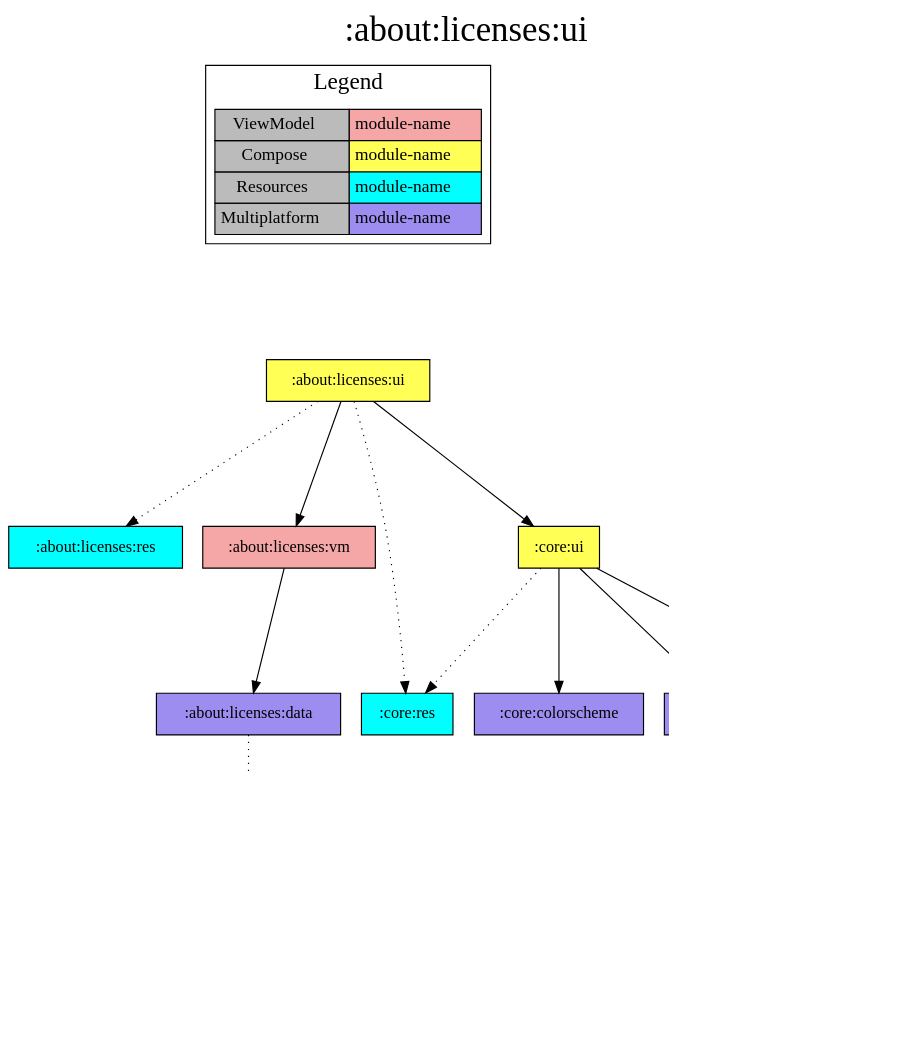
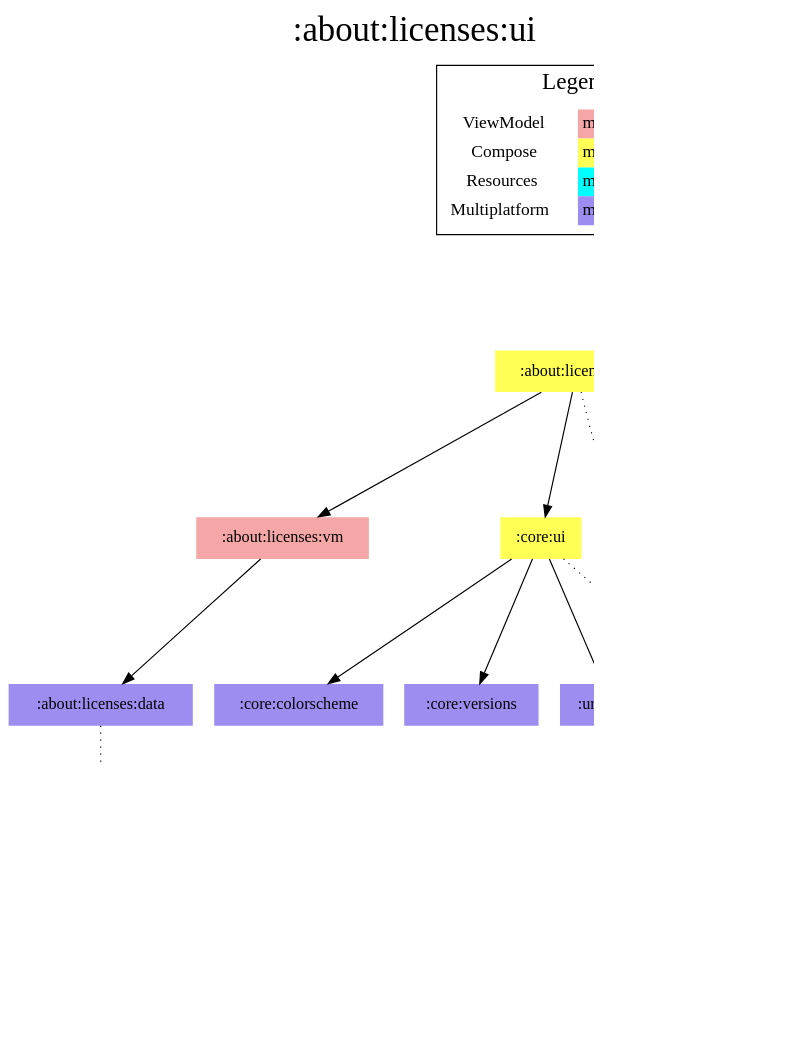
The diagram in modules/about/licenses/ui/project-dependency-graph.dot (jonapoul/aktual), drawn with Graphviz before and after one commit. The commit also changed 117 other files, not shown here.

Commit message:
Reworked diagrams plugin a bit

```diff
--- a/modules/about/licenses/ui/project-dependency-graph.dot
+++ b/modules/about/licenses/ui/project-dependency-graph.dot
@@ -1,43 +1,43 @@
 digraph {
 edge ["dir"="forward"]
 graph ["dpi"="100","label"=":about:licenses:ui","labelloc"="t","fontsize"="30","ranksep"="1.5","rankdir"="TB"]
 node ["style"="filled"]
-":about:licenses:data" ["fillcolor"="#9D8DF1","shape"="box"]
-":about:licenses:res" ["fillcolor"="#00FFFF","shape"="box"]
-":about:licenses:ui" ["fillcolor"="#FFFF55","shape"="box"]
-":about:licenses:vm" ["fillcolor"="#F5A6A6","shape"="box"]
-":budget:model" ["fillcolor"="#9D8DF1","shape"="box"]
-":core:colorscheme" ["fillcolor"="#9D8DF1","shape"="box"]
-":core:files" ["fillcolor"="#9D8DF1","shape"="box"]
-":core:res" ["fillcolor"="#00FFFF","shape"="box"]
-":core:ui" ["fillcolor"="#FFFF55","shape"="box"]
-":core:versions" ["fillcolor"="#9D8DF1","shape"="box"]
-":url:model" ["fillcolor"="#9D8DF1","shape"="box"]
+":about:licenses:ui" ["fillcolor"="#FFFF55","shape"="none"]
+":about:licenses:vm" ["fillcolor"="#F5A6A6","shape"="none"]
+":about:licenses:data" ["fillcolor"="#9D8DF1","shape"="none"]
+":core:files" ["fillcolor"="#9D8DF1","shape"="none"]
+":budget:model" ["fillcolor"="#9D8DF1","shape"="none"]
+":core:ui" ["fillcolor"="#FFFF55","shape"="none"]
+":core:colorscheme" ["fillcolor"="#9D8DF1","shape"="none"]
+":core:versions" ["fillcolor"="#9D8DF1","shape"="none"]
+":url:model" ["fillcolor"="#9D8DF1","shape"="none"]
+":core:res" ["fillcolor"="#00FFFF","shape"="none"]
+":about:licenses:res" ["fillcolor"="#00FFFF","shape"="none"]
 {
 edge ["dir"="none"]
 graph ["rank"="same"]
 }
 ":about:licenses:data" -> ":core:files" ["style"="dotted"]
 ":about:licenses:ui" -> ":about:licenses:res" ["style"="dotted"]
 ":about:licenses:ui" -> ":about:licenses:vm"
 ":about:licenses:ui" -> ":core:res" ["style"="dotted"]
 ":about:licenses:ui" -> ":core:ui"
 ":about:licenses:vm" -> ":about:licenses:data"
 ":core:files" -> ":budget:model"
 ":core:ui" -> ":core:colorscheme"
 ":core:ui" -> ":core:res" ["style"="dotted"]
 ":core:ui" -> ":core:versions"
 ":core:ui" -> ":url:model"
 subgraph "cluster_legend" {
 edge ["dir"="none"]
 graph ["label"="Legend","fontsize"="20"]
-"Legend" ["style"="filled","fillcolor"="#bbbbbb","shape"="none","margin"="0","fontsize"="15","label"=<
-<TABLE BORDER="0" CELLBORDER="1" CELLSPACING="0" CELLPADDING="4">
+"Legend" ["style"="filled","fillcolor"="#FFFFFF","shape"="none","margin"="0","fontsize"="15","label"=<
+<TABLE BORDER="0" CELLBORDER="0" CELLSPACING="0" CELLPADDING="4">
 <TR><TD>ViewModel</TD><TD BGCOLOR="#F5A6A6">module-name</TD></TR>
 <TR><TD>Compose</TD><TD BGCOLOR="#FFFF55">module-name</TD></TR>
 <TR><TD>Resources</TD><TD BGCOLOR="#00FFFF">module-name</TD></TR>
 <TR><TD>Multiplatform</TD><TD BGCOLOR="#9D8DF1">module-name</TD></TR>
 </TABLE>
 >]
 } -> ":about:licenses:ui" ["style"="invis"]
 }
```
